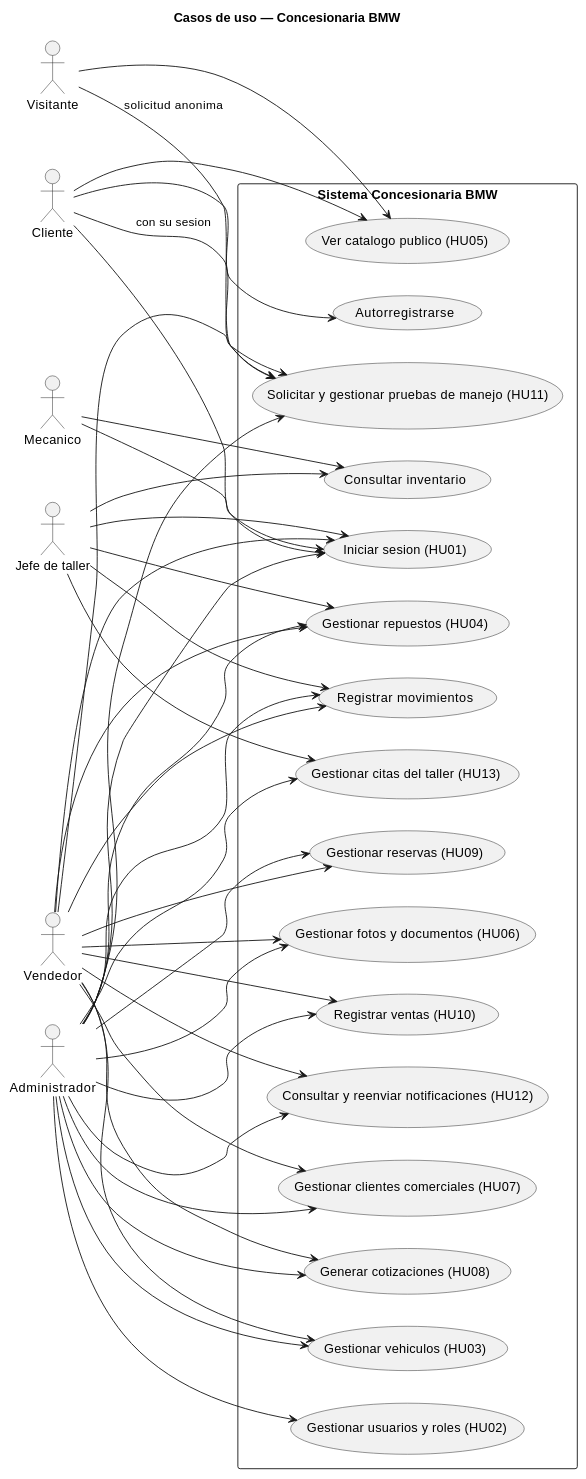
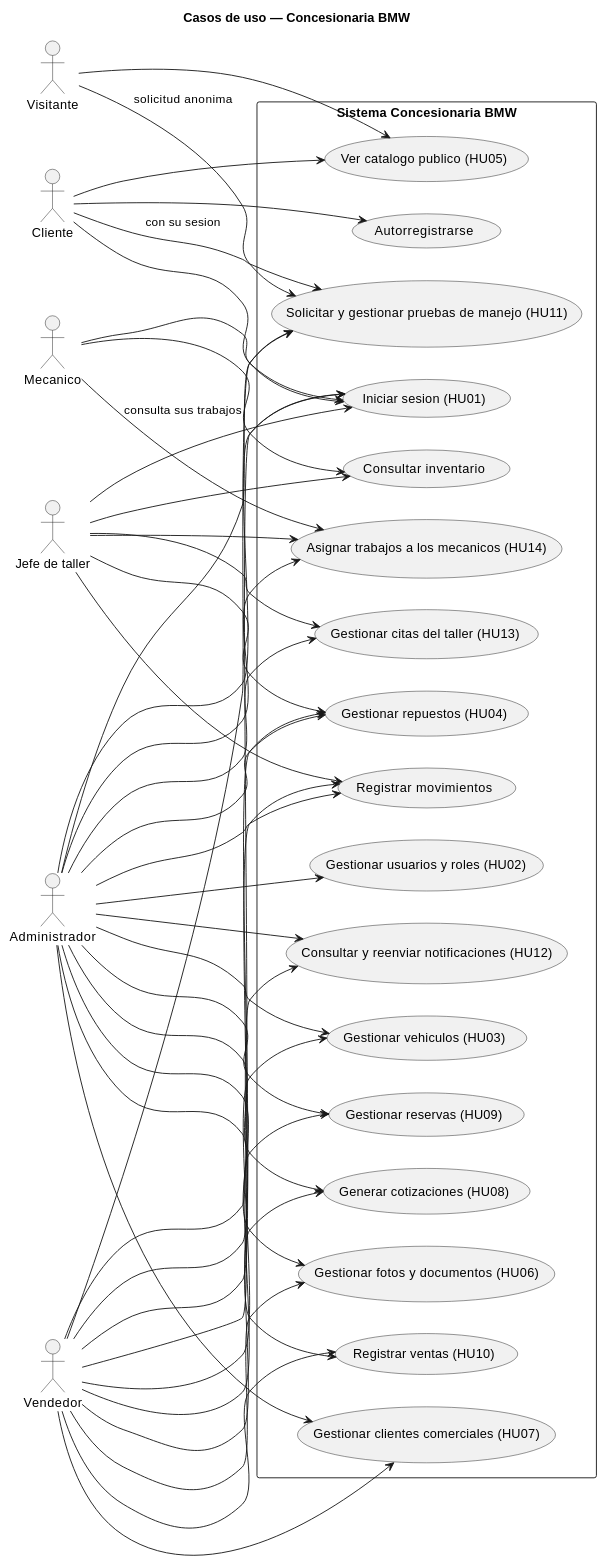
The third of 18 diagrams in documentacion/diagramas.md (dgschahvqvc17/Concesionaria-BMW), drawn with PlantUML before and after one commit. The commit also changed other lines of this file and 30 other files, not shown here.

````diff
--- a/documentacion/diagramas.md
+++ b/documentacion/diagramas.md
@@ -132,75 +133,79 @@
 ```plantuml
 @startuml
 title Casos de uso — Concesionaria BMW
 left to right direction
 skinparam shadowing false
 
 actor "Visitante" as visitante
 actor "Cliente" as cliente
 actor "Mecanico" as mecanico
 actor "Jefe de taller" as jefe
 actor "Vendedor" as vendedor
 actor "Administrador" as admin
 
 rectangle "Sistema Concesionaria BMW" {
   usecase "Ver catalogo publico (HU05)" as UC_catalogo
   usecase "Autorregistrarse" as UC_registro
   usecase "Iniciar sesion (HU01)" as UC_login
   usecase "Consultar inventario" as UC_consultar
   usecase "Gestionar vehiculos (HU03)" as UC_vehiculos
   usecase "Gestionar fotos y documentos (HU06)" as UC_archivos
   usecase "Gestionar repuestos (HU04)" as UC_repuestos
   usecase "Registrar movimientos" as UC_movimientos
   usecase "Gestionar clientes comerciales (HU07)" as UC_clientes
   usecase "Generar cotizaciones (HU08)" as UC_cotizaciones
   usecase "Gestionar reservas (HU09)" as UC_reservas
   usecase "Registrar ventas (HU10)" as UC_ventas
   usecase "Solicitar y gestionar pruebas de manejo (HU11)" as UC_pruebas
   usecase "Consultar y reenviar notificaciones (HU12)" as UC_notificaciones
   usecase "Gestionar citas del taller (HU13)" as UC_citas_taller
+  usecase "Asignar trabajos a los mecanicos (HU14)" as UC_asignar_trabajos
   usecase "Gestionar usuarios y roles (HU02)" as UC_usuarios
 }
 
 visitante --> UC_catalogo
 visitante --> UC_pruebas : solicitud anonima
 cliente --> UC_catalogo
 cliente --> UC_registro
 cliente --> UC_login
 cliente --> UC_pruebas : con su sesion
 
 mecanico --> UC_login
 mecanico --> UC_consultar
+mecanico --> UC_asignar_trabajos : consulta sus trabajos
 
 jefe --> UC_login
 jefe --> UC_consultar
 jefe --> UC_repuestos
 jefe --> UC_movimientos
 jefe --> UC_citas_taller
+jefe --> UC_asignar_trabajos
 
 vendedor --> UC_login
 vendedor --> UC_vehiculos
 vendedor --> UC_archivos
 vendedor --> UC_repuestos
 vendedor --> UC_movimientos
 vendedor --> UC_clientes
 vendedor --> UC_cotizaciones
 vendedor --> UC_reservas
 vendedor --> UC_ventas
 vendedor --> UC_pruebas
 vendedor --> UC_notificaciones
 
 admin --> UC_login
 admin --> UC_vehiculos
 admin --> UC_archivos
 admin --> UC_repuestos
 admin --> UC_movimientos
 admin --> UC_clientes
 admin --> UC_cotizaciones
 admin --> UC_reservas
 admin --> UC_ventas
 admin --> UC_pruebas
 admin --> UC_notificaciones
 admin --> UC_citas_taller
+admin --> UC_asignar_trabajos
 admin --> UC_usuarios
 @enduml
 ```
````
